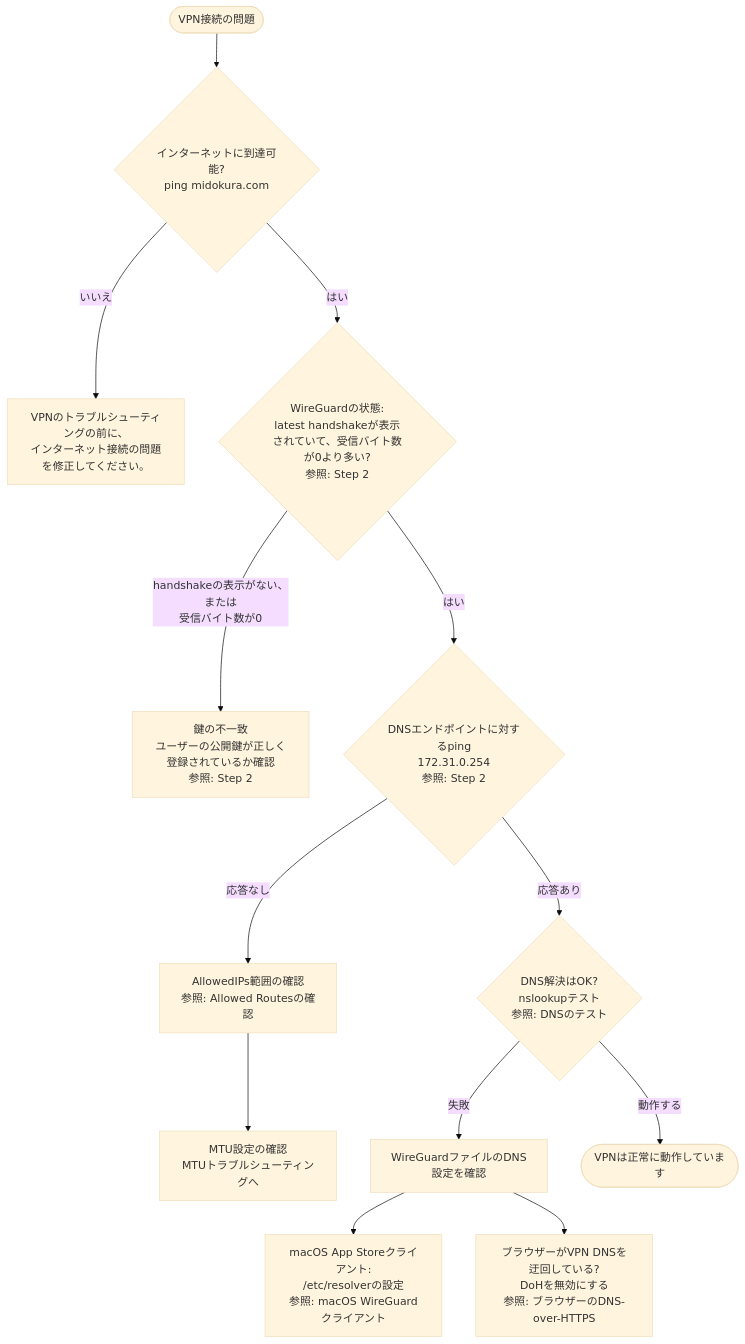
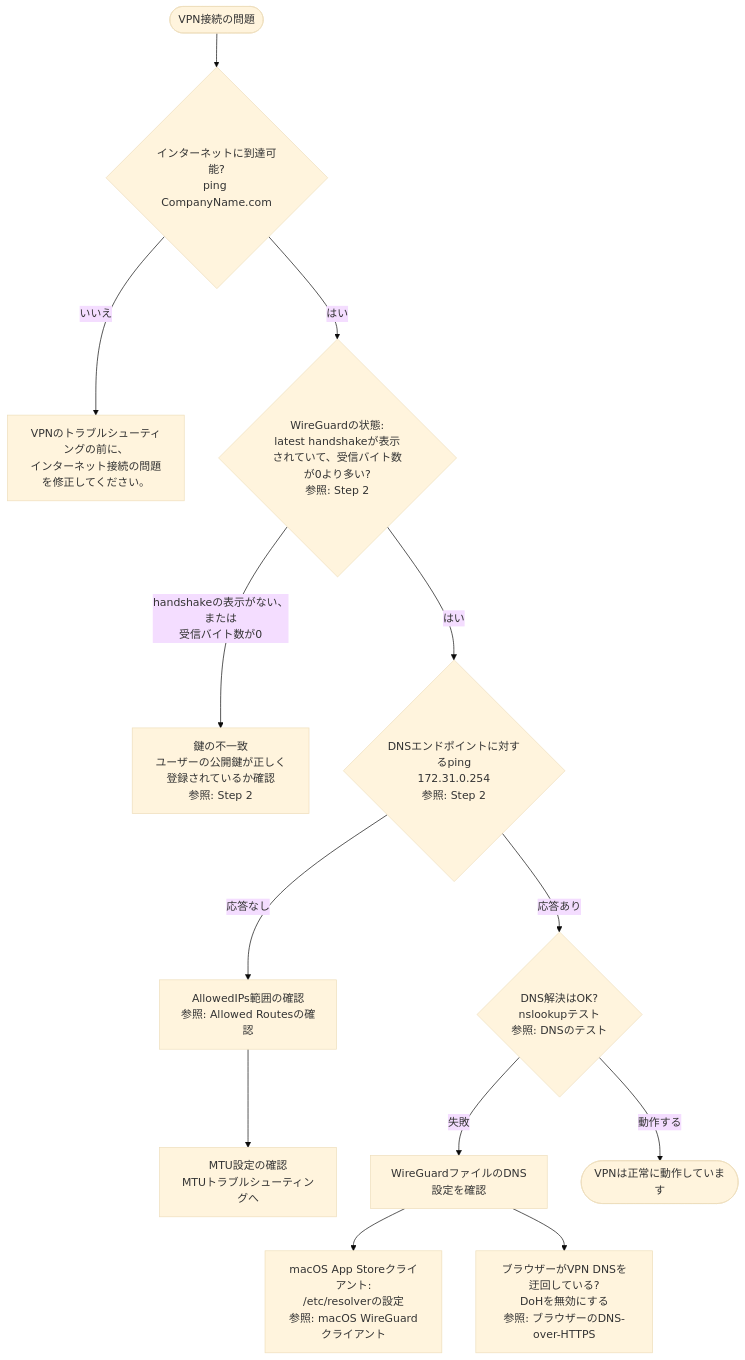
One commit to jimken123/docusaurus changed the diagram in i18n/ja/docusaurus-plugin-content-docs/version-v25.1.6/service-operator/VPN_CONFIGURATION.md. Above: the diagram before and after it, drawn with Mermaid (base theme). The commit also changed other lines of this file and 246 other files, not shown here.

````diff
--- a/i18n/ja/docusaurus-plugin-content-docs/version-v25.1.6/service-operator/VPN_CONFIGURATION.md
+++ b/i18n/ja/docusaurus-plugin-content-docs/version-v25.1.6/service-operator/VPN_CONFIGURATION.md
@@ -99,15 +99,15 @@
 ```mermaid
 flowchart TD
-    Start([VPN接続の問題]) --> NetCheck{"インターネットに到達可能?\nping midokura.com"}
+    Start([VPN接続の問題]) --> NetCheck{"インターネットに到達可能?\nping CompanyName.com"}
     NetCheck -- いいえ --> NetFail["VPNのトラブルシューティングの前に、\nインターネット接続の問題を修正してください。"]
     NetCheck -- はい --> WGCheck{"WireGuardの状態:\nlatest handshakeが表示されていて、受信バイト数が0より多い?\n参照: Step 2"}
     WGCheck -- "handshakeの表示がない、または\n受信バイト数が0" --> KeyFail["鍵の不一致\nユーザーの公開鍵が正しく登録されているか確認\n参照: Step 2"]
     WGCheck -- はい --> DNSPing{"DNSエンドポイントに対するping\n172.31.0.254\n参照: Step 2"}
     DNSPing -- 応答なし --> Routes["AllowedIPs範囲の確認\n参照: Allowed Routesの確認"]
     Routes --> MTU["MTU設定の確認\nMTUトラブルシューティングへ"]
     DNSPing -- 応答あり --> DNSCheck{"DNS解決はOK?\nnslookupテスト\n参照: DNSのテスト"}
     DNSCheck -- 失敗 --> DNSConfig["WireGuardファイルのDNS設定を確認"]
     DNSConfig --> MacOSNote["macOS App Storeクライアント:\n/etc/resolverの設定\n参照: macOS WireGuardクライアント"]
     DNSConfig --> DoH["ブラウザーがVPN DNSを迂回している?\nDoHを無効にする\n参照: ブラウザーのDNS-over-HTTPS"]
     DNSCheck -- 動作する --> Done([VPNは正常に動作しています])
 ```
````
